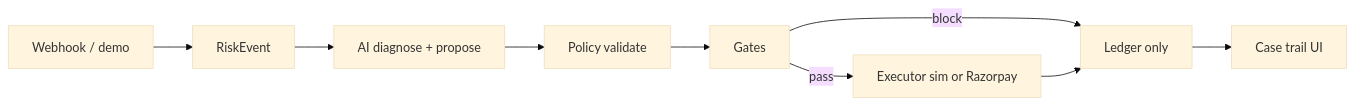
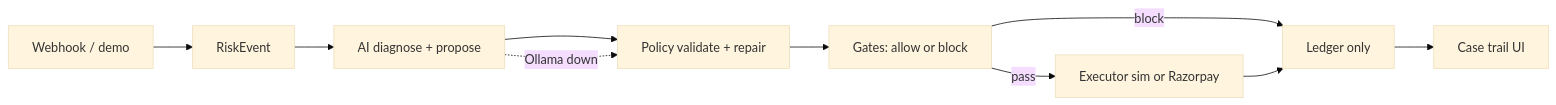
One commit to reet1512/razorpay-buildathon-application-ai-revenue changed the second of 3 diagrams in recovery-agent/docs/ARCHITECTURE.md. Above: the diagram before and after it, drawn with Mermaid (base theme). The commit also changed other lines of this file and 13 other files, not shown here.

````diff
--- a/recovery-agent/docs/ARCHITECTURE.md
+++ b/recovery-agent/docs/ARCHITECTURE.md
@@ -31,11 +38,12 @@
 ```mermaid
 flowchart LR
   WH[Webhook / demo] --> RE[RiskEvent]
   RE --> AI[AI diagnose + propose]
-  AI --> POL[Policy validate]
-  POL --> G[Gates]
+  AI --> POL[Policy validate + repair]
+  POL --> G[Gates: allow or block]
   G -->|pass| EX[Executor sim or Razorpay]
   G -->|block| LED[Ledger only]
   EX --> LED
   LED --> UI[Case trail UI]
+  AI -.->|Ollama down| POL
 ```
````
